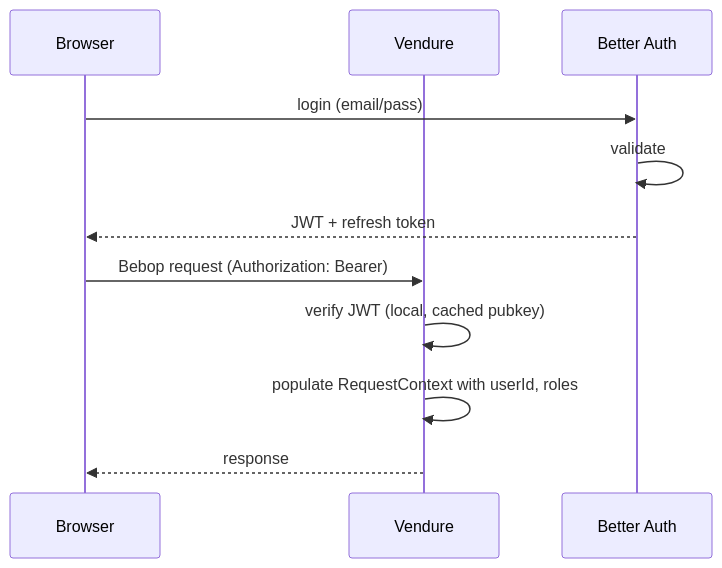
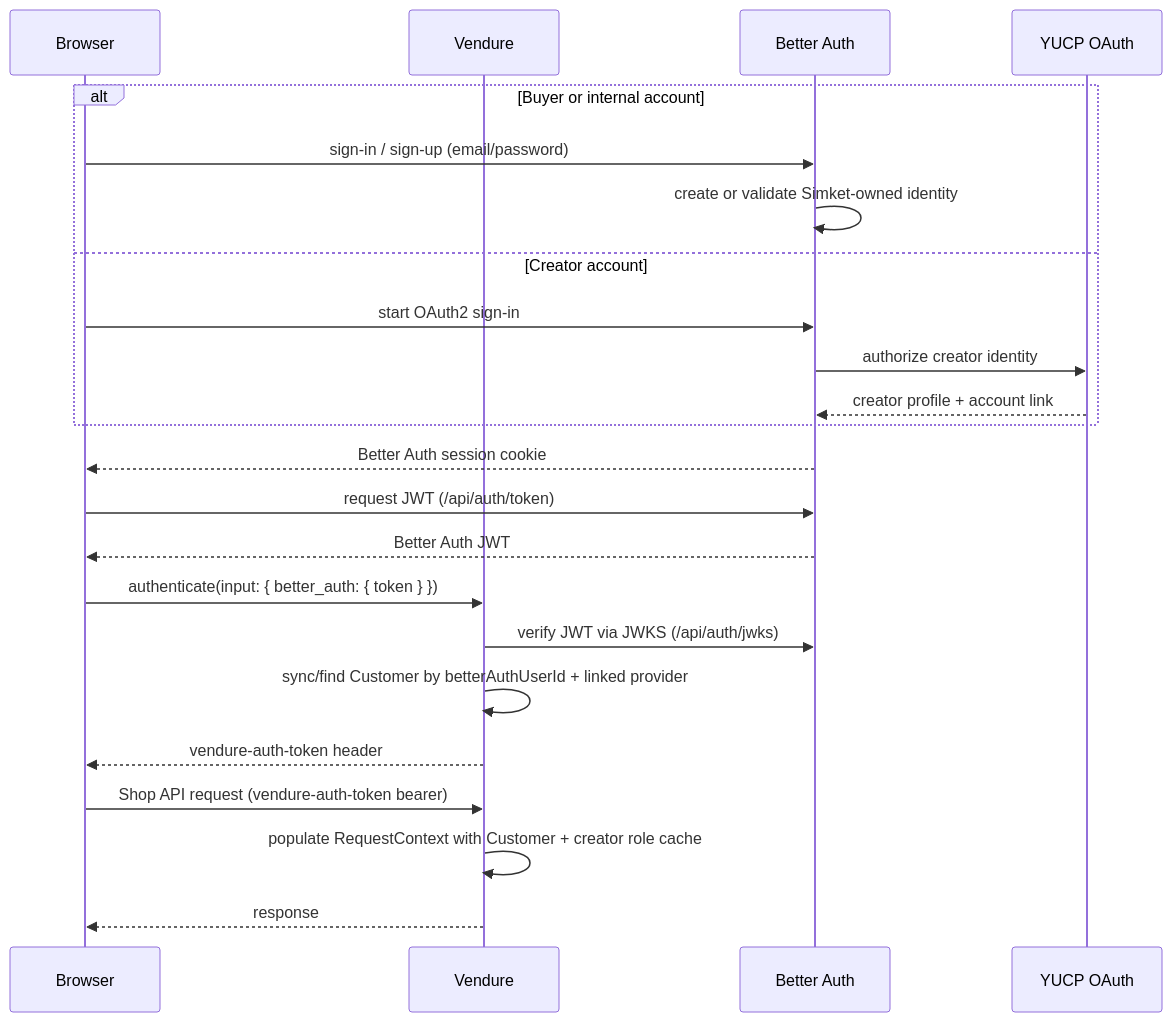
Before and after one commit to Yeusepe/simket: the sixth of 9 diagrams in docs/service-architecture.md, drawn with Mermaid. The commit also changed other lines of this file and 58 other files, not shown here.

First line of the commit message:
Integrate Better Auth and storefront auth

````diff
--- a/docs/service-architecture.md
+++ b/docs/service-architecture.md
@@ -570,15 +590,29 @@
 ```mermaid
 sequenceDiagram
     participant B as Browser
     participant V as Vendure
     participant BA as Better Auth
+    participant Y as YUCP OAuth
 
-    B->>BA: login (email/pass)
-    BA->>BA: validate
-    BA-->>B: JWT + refresh token
+    alt Buyer or internal account
+        B->>BA: sign-in / sign-up (email/password)
+        BA->>BA: create or validate Simket-owned identity
+    else Creator account
+        B->>BA: start OAuth2 sign-in
+        BA->>Y: authorize creator identity
+        Y-->>BA: creator profile + account link
+    end
 
-    B->>V: Bebop request (Authorization: Bearer)
-    V->>V: verify JWT (local, cached pubkey)
-    V->>V: populate RequestContext with userId, roles
+    BA-->>B: Better Auth session cookie
+    B->>BA: request JWT (/api/auth/token)
+    BA-->>B: Better Auth JWT
+
+    B->>V: authenticate(input: { better_auth: { token } })
+    V->>BA: verify JWT via JWKS (/api/auth/jwks)
+    V->>V: sync/find Customer by betterAuthUserId + linked provider
+    V-->>B: vendure-auth-token header
+
+    B->>V: Shop API request (vendure-auth-token bearer)
+    V->>V: populate RequestContext with Customer + creator role cache
     V-->>B: response
 ```
````
